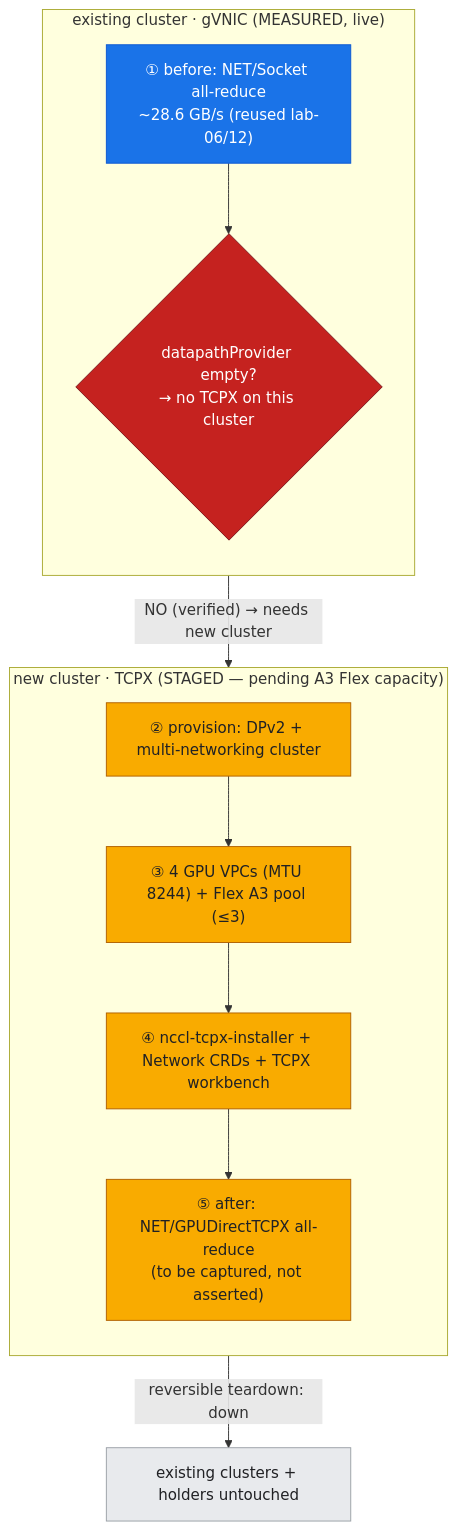
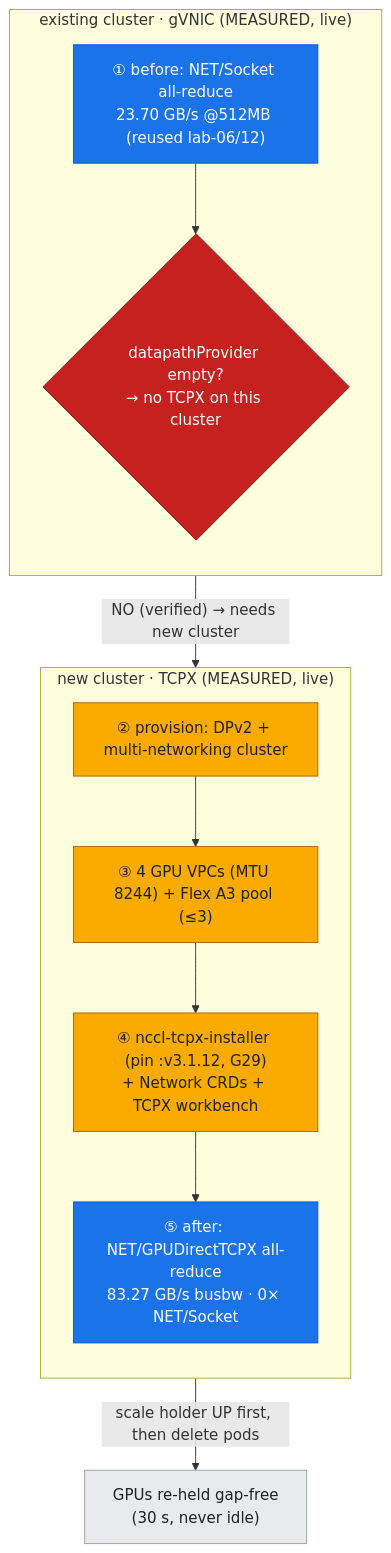
One commit to elideng-sg/hypercomputer-internode-deepdive changed the second of 2 diagrams in labs/lab-18-enable-gpudirect-tcpx/README.md. Above: the diagram before and after it, drawn with Mermaid. The commit also changed other lines of this file and 43 other files, not shown here.

First line of the commit message:
lab-18: measure GPUDirect-TCPX live, and correct the guide against it

````diff
--- a/labs/lab-18-enable-gpudirect-tcpx/README.md
+++ b/labs/lab-18-enable-gpudirect-tcpx/README.md
@@ -123,24 +116,24 @@
 ```mermaid
 flowchart TB
   subgraph EXIST["existing cluster · gVNIC (MEASURED, live)"]
     direction TB
-    S1["① before: NET/Socket all-reduce<br/>~28.6 GB/s (reused lab-06/12)"]
+    S1["① before: NET/Socket all-reduce<br/>23.70 GB/s @512MB (reused lab-06/12)"]
     G{"datapathProvider empty?<br/>→ no TCPX on this cluster"}
     S1 --> G
   end
   G -->|"NO (verified) → needs new cluster"| S2
-  subgraph NEW["new cluster · TCPX (STAGED — pending A3 Flex capacity)"]
+  subgraph NEW["new cluster · TCPX (MEASURED, live)"]
     direction TB
     S2["② provision: DPv2 + multi-networking cluster"]
     S3["③ 4 GPU VPCs (MTU 8244) + Flex A3 pool (≤3)"]
-    S4["④ nccl-tcpx-installer + Network CRDs + TCPX workbench"]
-    S5["⑤ after: NET/GPUDirectTCPX all-reduce<br/>(to be captured, not asserted)"]
+    S4["④ nccl-tcpx-installer (pin :v3.1.12, G29)<br/>+ Network CRDs + TCPX workbench"]
+    S5["⑤ after: NET/GPUDirectTCPX all-reduce<br/>83.27 GB/s busbw · 0× NET/Socket"]
     S2 --> S3 --> S4 --> S5
   end
-  S5 -->|"reversible teardown: down"| R["existing clusters + holders untouched"]
+  S5 -->|"scale holder UP first, then delete pods"| R["GPUs re-held gap-free<br/>(30 s, never idle)"]
   classDef meas fill:#1a73e8,stroke:#0b57d0,color:#ffffff;
   classDef ctx fill:#e8eaed,stroke:#9aa0a6,color:#202124;
   classDef accent fill:#f9ab00,stroke:#b06000,color:#202124;
   classDef crit fill:#c5221f,stroke:#7a161c,color:#ffffff;
-  class S1 meas; class G crit; class S2,S3,S4,S5 accent; class R ctx;
+  class S1,S5 meas; class G crit; class S2,S3,S4 accent; class R ctx;
 ```
````
